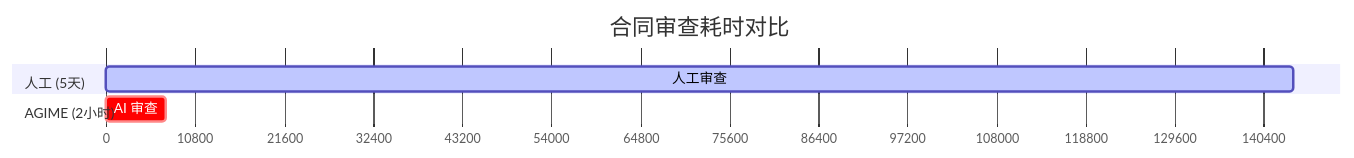
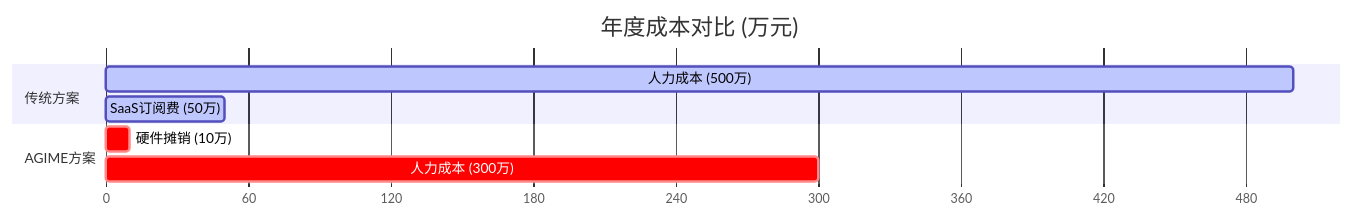
The first of 2 diagrams in docs/product/ENTERPRISE.md (jsjm1986/AGIME), drawn with Mermaid before and after one commit. The commit also changed other lines of this file and 2 other files, not shown here.

First line of the commit message:
feat(docs): V5 overhaul - Commercial SaaS Landing Page

```diff
--- a/docs/product/ENTERPRISE.md
+++ b/docs/product/ENTERPRISE.md
@@ -28,10 +28,12 @@
 <div class="mermaid">
 gantt
-    title 合同审查耗时对比
+    title 年度成本对比 (万元)
     dateFormat X
     axisFormat %s
-    section 人工 (5天)
-    人工审查 :active, a1, 0, 40h
-    section AGIME (2小时)
-    AI 审查   :crit, a2, 0, 2h
+    section 传统方案
+    人力成本 (500万) :active, a1, 0, 500
+    SaaS订阅费 (50万) :active, a2, 0, 50
+    section AGIME方案
+    硬件摊销 (10万) :crit, b1, 0, 10
+    人力成本 (300万) :crit, b2, 0, 300
 </div>
```
